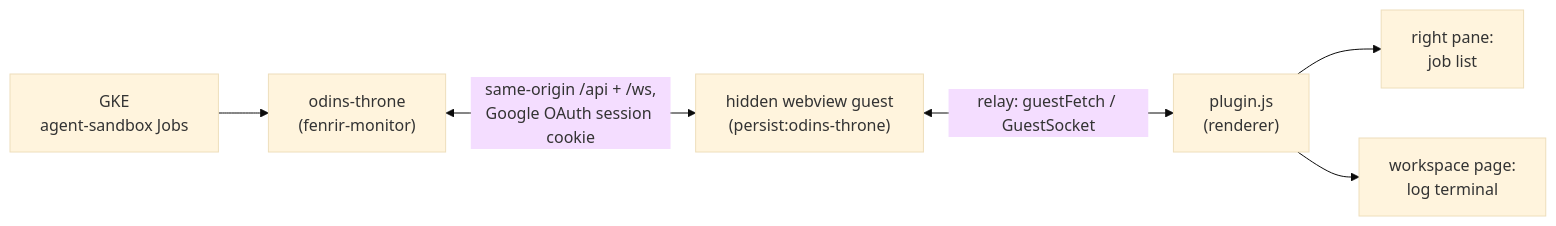
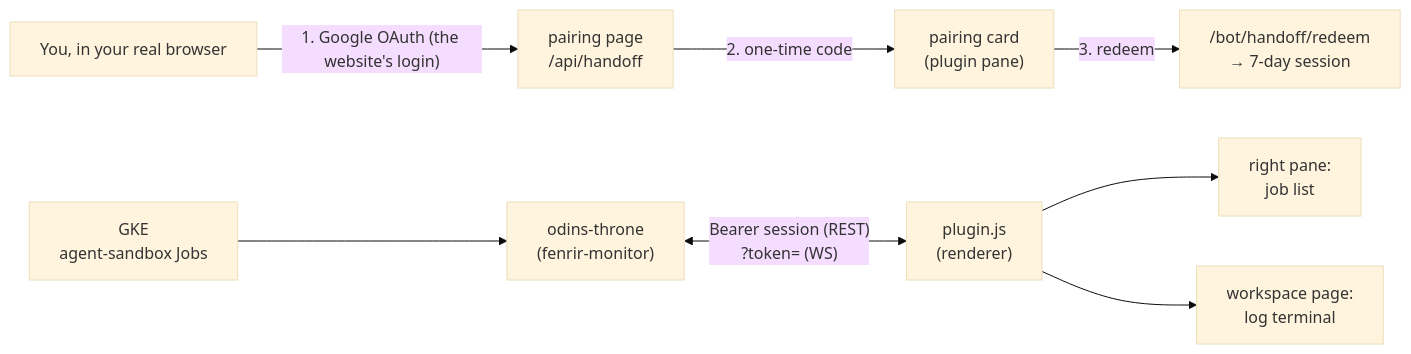
The diagram in README.md (declanshanaghy/odins-throne-hermes), drawn with Mermaid (base theme) before and after one commit. The commit also changed other lines of this file and 7 other files, not shown here.

First line of the commit message:
pair with the website's Google OAuth via a browser code — webviews are blocked

````diff
--- a/README.md
+++ b/README.md
@@ -15,8 +15,10 @@
 ```mermaid
 flowchart LR
+    U["You, in your real browser"] -->|"1. Google OAuth (the website's login)"| PP["pairing page<br/>/api/handoff"]
+    PP -->|"2. one-time code"| PANE["pairing card<br/>(plugin pane)"]
+    PANE -->|"3. redeem"| BOT["/bot/handoff/redeem<br/>→ 7-day session"]
     GKE["GKE<br/>agent-sandbox Jobs"] --> OT["odins-throne<br/>(fenrir-monitor)"]
-    OT <-->|"same-origin /api + /ws,<br/>Google OAuth session cookie"| GV["hidden webview guest<br/>(persist:odins-throne)"]
-    GV <-->|"relay: guestFetch / GuestSocket"| UI["plugin.js<br/>(renderer)"]
+    OT <-->|"Bearer session (REST)<br/>?token= (WS)"| UI["plugin.js<br/>(renderer)"]
     UI --> RP["right pane:<br/>job list"]
     UI --> MP["workspace page:<br/>log terminal"]
 ```
````
